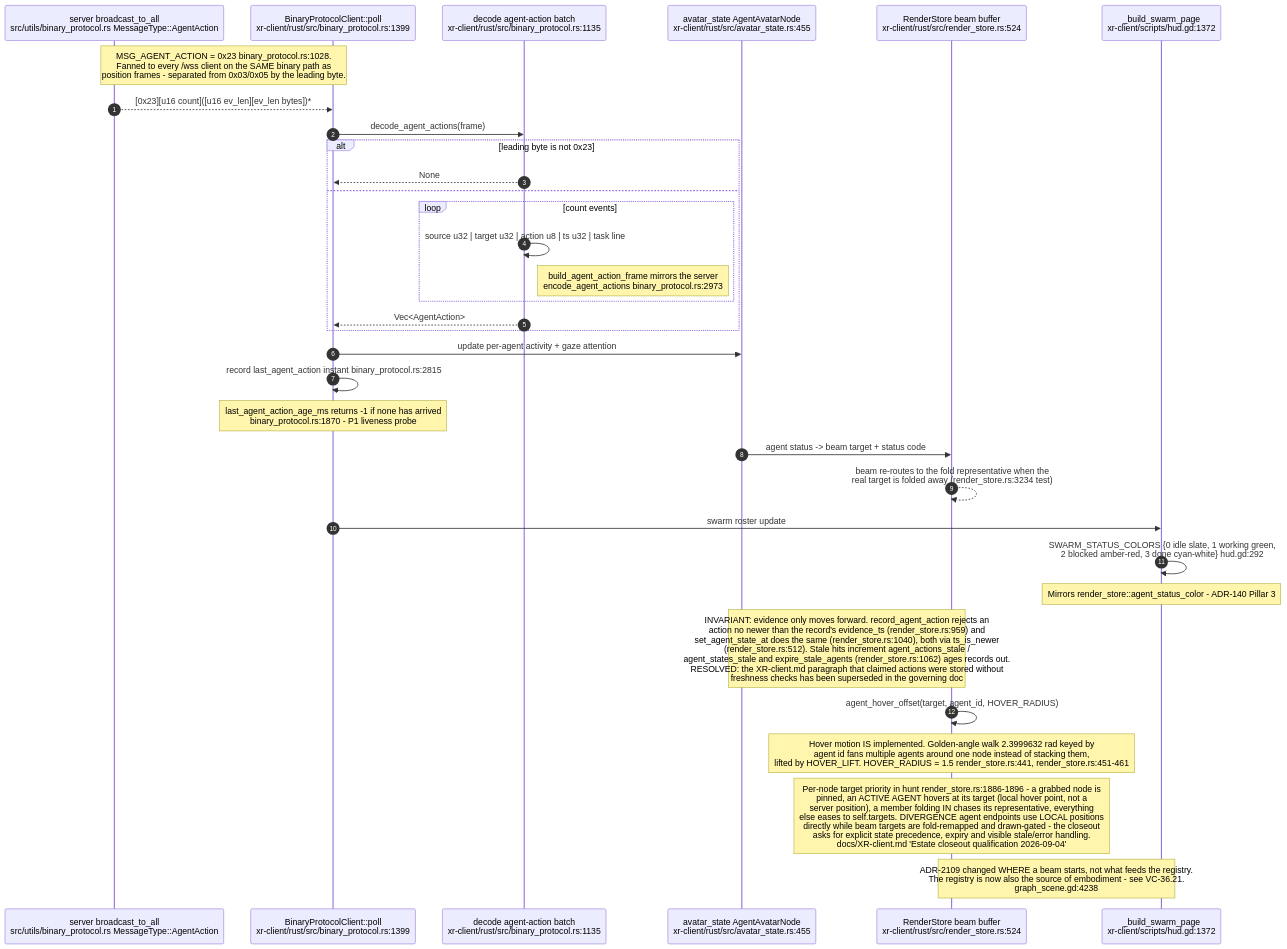
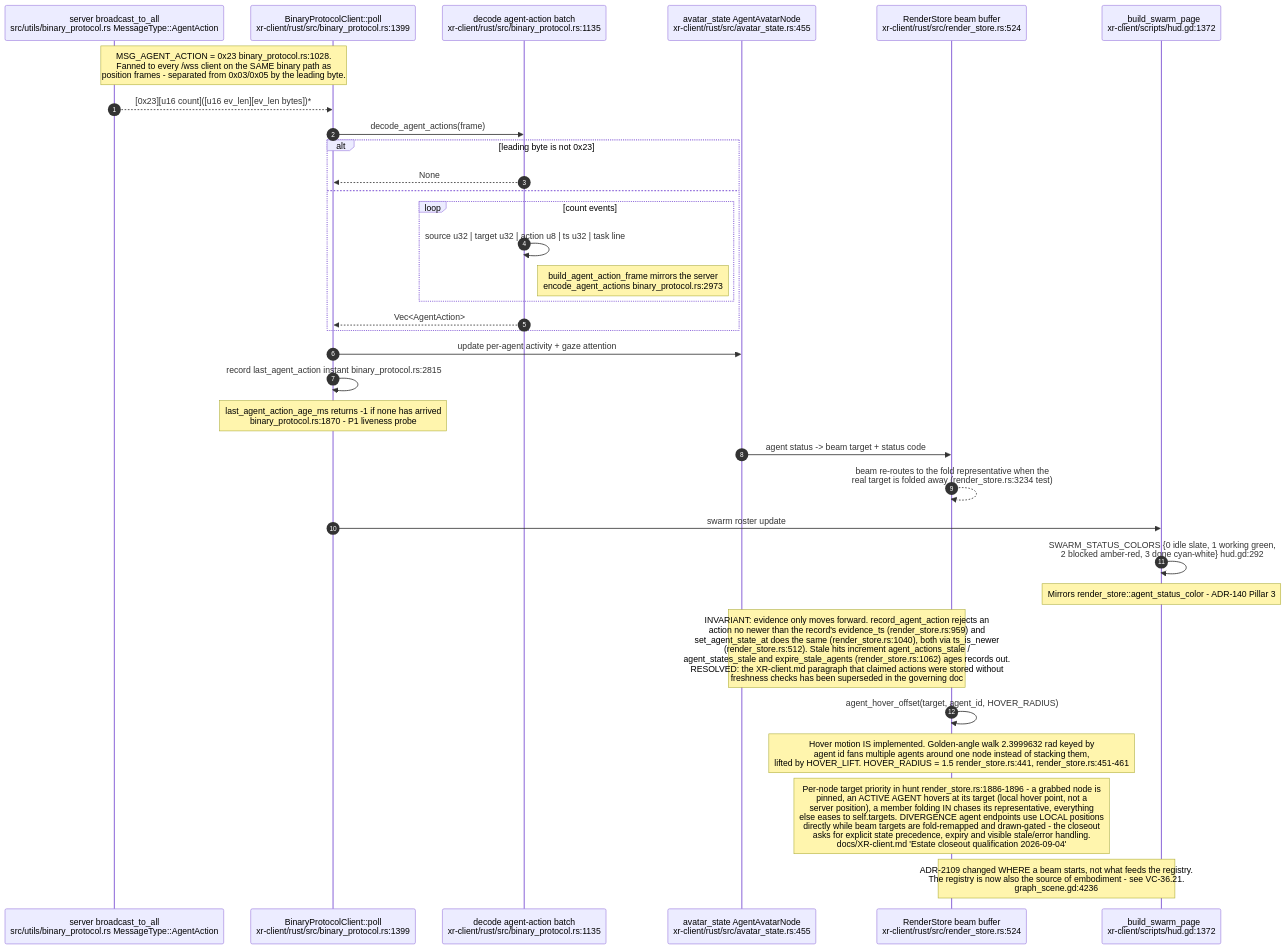
Before and after one commit to DreamLab-AI/VisionFlow: the ninth of 30 diagrams in docs/diagrams/visionclaw/36-godot-xr-client.md, drawn with Mermaid. The commit also changed other lines of this file and 7 other files, not shown here.

First line of the commit message:
diagrams(visionclaw): re-verify VC-34 to VC-40 and VC-42 at visionclaw 4900ec6, agentbox 59b1aca

````diff
--- a/docs/diagrams/visionclaw/36-godot-xr-client.md
+++ b/docs/diagrams/visionclaw/36-godot-xr-client.md
@@ -569,36 +569,36 @@
 ```mermaid
 sequenceDiagram
     autonumber
     participant SV as server broadcast_to_all<br/>src/utils/binary_protocol.rs MessageType::AgentAction
     participant BP as BinaryProtocolClient::poll<br/>xr-client/rust/src/binary_protocol.rs:1399
     participant DA as decode agent-action batch<br/>xr-client/rust/src/binary_protocol.rs:1135
     participant AS as avatar_state AgentAvatarNode<br/>xr-client/rust/src/avatar_state.rs:455
     participant RS as RenderStore beam buffer<br/>xr-client/rust/src/render_store.rs:524
     participant HD as _build_swarm_page<br/>xr-client/scripts/hud.gd:1372
 
     Note over SV,BP: MSG_AGENT_ACTION = 0x23 binary_protocol.rs:1028.<br/>Fanned to every /wss client on the SAME binary path as<br/>position frames - separated from 0x03/0x05 by the leading byte.
     SV-->>BP: [0x23][u16 count]([u16 ev_len][ev_len bytes])*
     BP->>DA: decode_agent_actions(frame)
     alt leading byte is not 0x23
         DA-->>BP: None
     else
         loop count events
             DA->>DA: source u32 | target u32 | action u8 | ts u32 | task line
             Note right of DA: build_agent_action_frame mirrors the server<br/>encode_agent_actions binary_protocol.rs:2973
         end
         DA-->>BP: Vec<AgentAction>
     end
     BP->>AS: update per-agent activity + gaze attention
     BP->>BP: record last_agent_action instant binary_protocol.rs:2815
     Note over BP: last_agent_action_age_ms returns -1 if none has arrived<br/>binary_protocol.rs:1870 - P1 liveness probe
     AS->>RS: agent status -> beam target + status code
     RS-->>RS: beam re-routes to the fold representative when the<br/>real target is folded away (render_store.rs:3234 test)
     BP->>HD: swarm roster update
     HD->>HD: SWARM_STATUS_COLORS {0 idle slate, 1 working green,<br/>2 blocked amber-red, 3 done cyan-white} hud.gd:292
     Note over HD: Mirrors render_store::agent_status_color - ADR-140 Pillar 3
     Note over AS,RS: INVARIANT: evidence only moves forward. record_agent_action rejects an<br/>action no newer than the record's evidence_ts (render_store.rs:959) and<br/>set_agent_state_at does the same (render_store.rs:1040), both via ts_is_newer<br/>(render_store.rs:512). Stale hits increment agent_actions_stale /<br/>agent_states_stale and expire_stale_agents (render_store.rs:1062) ages records out.<br/>RESOLVED: the XR-client.md paragraph that claimed actions were stored without<br/>freshness checks has been superseded in the governing doc
     RS->>RS: agent_hover_offset(target, agent_id, HOVER_RADIUS)
     Note over RS: Hover motion IS implemented. Golden-angle walk 2.3999632 rad keyed by<br/>agent id fans multiple agents around one node instead of stacking them,<br/>lifted by HOVER_LIFT. HOVER_RADIUS = 1.5 render_store.rs:441, render_store.rs:451-461
     Note over RS: Per-node target priority in hunt render_store.rs:1886-1896 - a grabbed node is<br/>pinned, an ACTIVE AGENT hovers at its target (local hover point, not a<br/>server position), a member folding IN chases its representative, everything<br/>else eases to self.targets. DIVERGENCE agent endpoints use LOCAL positions<br/>directly while beam targets are fold-remapped and drawn-gated - the closeout<br/>asks for explicit state precedence, expiry and visible stale/error handling.<br/>docs/XR-client.md 'Estate closeout qualification 2026-09-04'
-    Note over RS,HD: ADR-2109 changed WHERE a beam starts, not what feeds the registry.<br/>The registry is now also the source of embodiment - see VC-36.21.<br/>graph_scene.gd:4238
+    Note over RS,HD: ADR-2109 changed WHERE a beam starts, not what feeds the registry.<br/>The registry is now also the source of embodiment - see VC-36.21.<br/>graph_scene.gd:4236
 ```
````
